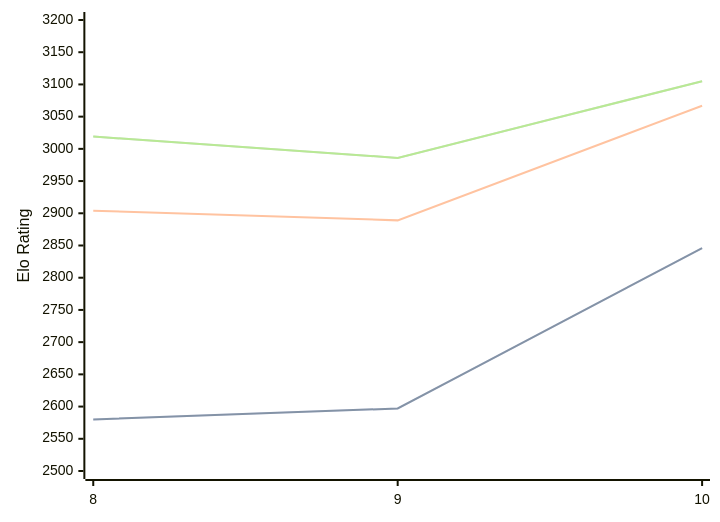
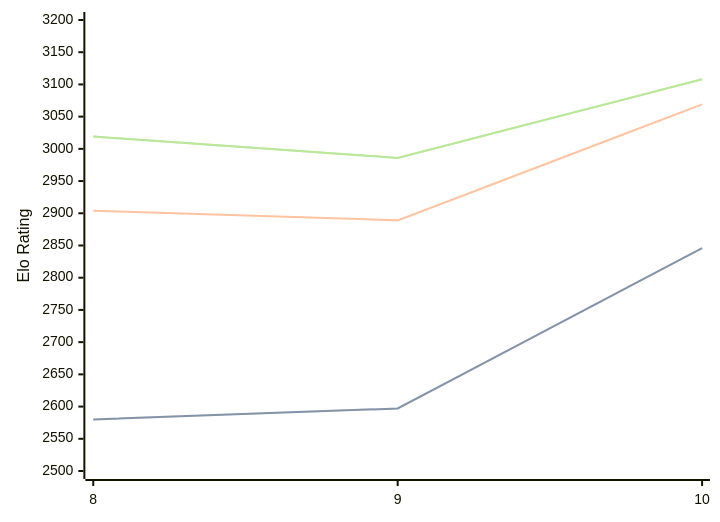
Before and after one commit to computer-chess-index/cci: the first of 3 diagrams in engines/Lozza.md, drawn with Mermaid. The commit also changed other lines of this file, not shown here.

Commit message:
Update CCI Ratings (ELO VLTC) - 2026-07-18

````diff
--- a/engines/Lozza.md
+++ b/engines/Lozza.md
@@ -41,11 +41,11 @@
 ```mermaid
 %%{init: {"theme":"base","themeVariables":{"seriesColors:['#a3a3a3','#222221','#faa371']}}}%%
 xychart-beta
   x-axis ["8", "9", "10"]
   y-axis "Elo Rating" 2500 --> 3200
   line "STC (8.0+0.08s)" [2580, 2597, 2846]
   line "STC (8.0+0.08s)" [2580, 2597, 2846]
-  line "LTC (60.0+0.60s)" [2904, 2889, 3067]
-  line "VLTC (2m24s+1.12s)" [3019, 2986, 3105]
-  line "VLTC (2m24s+1.12s)" [3019, 2986, 3105]
+  line "LTC (60.0+0.60s)" [2904, 2889, 3069]
+  line "VLTC (2m24s+1.12s)" [3019, 2986, 3108]
+  line "VLTC (2m24s+1.12s)" [3019, 2986, 3108]
 ```
````
